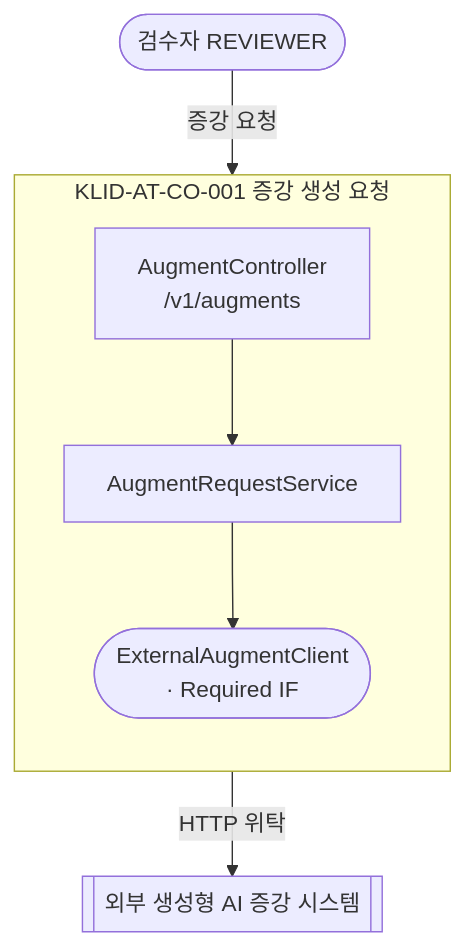
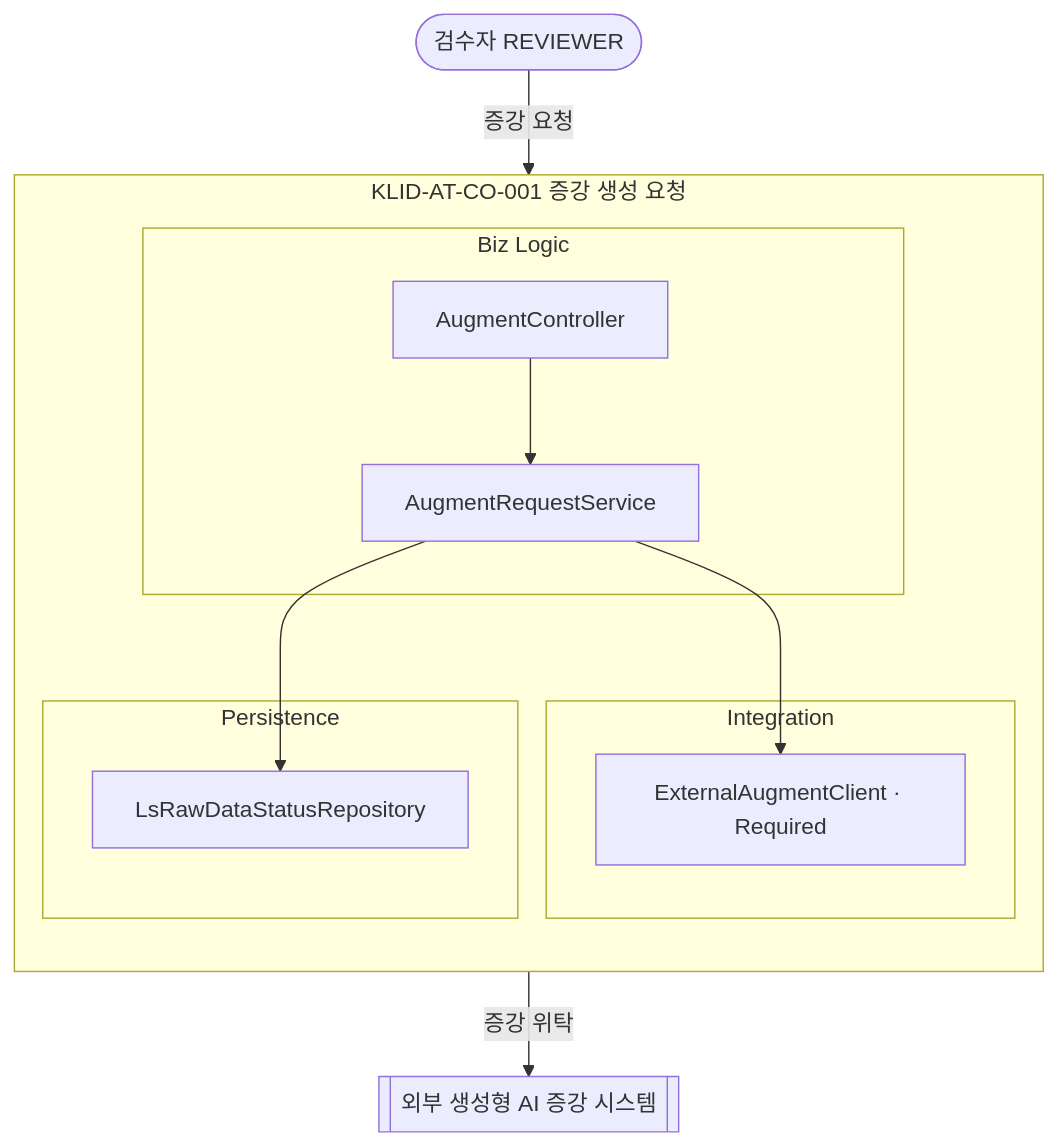
The first of 13 diagrams in docs/design/D3-컴포넌트설계서.md (New-stella/klid-label), drawn with Mermaid before and after one commit. The commit also changed other lines of this file and 32 other files, not shown here.

````diff
--- a/docs/design/D3-컴포넌트설계서.md
+++ b/docs/design/D3-컴포넌트설계서.md
@@ -38,15 +40,23 @@
 ```mermaid
 flowchart TD
     REVIEWER([검수자 REVIEWER])
     EXT[[외부 생성형 AI 증강 시스템]]
     subgraph CO001[KLID-AT-CO-001 증강 생성 요청]
         direction TB
-        AC[AugmentController<br/>/v1/augments]
-        ARS[AugmentRequestService]
-        EAC([ExternalAugmentClient<br/>· Required IF])
+        subgraph BIZ1[Biz Logic]
+            AC[AugmentController]
+            ARS[AugmentRequestService]
+        end
+        subgraph INT1[Integration]
+            EAC[ExternalAugmentClient · Required]
+        end
+        subgraph PER1[Persistence]
+            RSR[LsRawDataStatusRepository]
+        end
         AC --> ARS
         ARS --> EAC
+        ARS --> RSR
     end
     REVIEWER -->|증강 요청| AC
-    EAC -->|HTTP 위탁| EXT
+    EAC -->|증강 위탁| EXT
 ```
````
